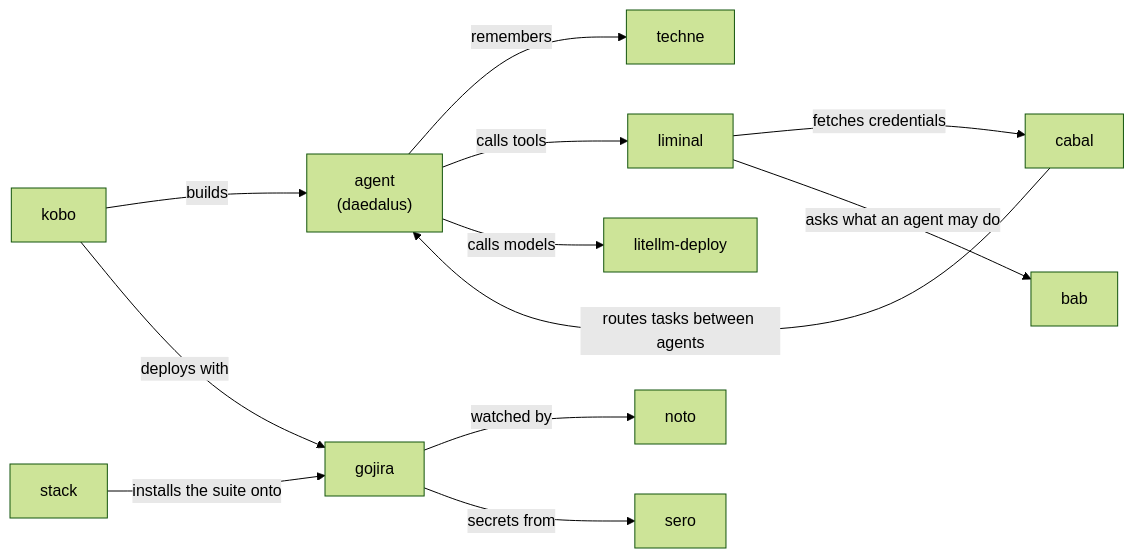
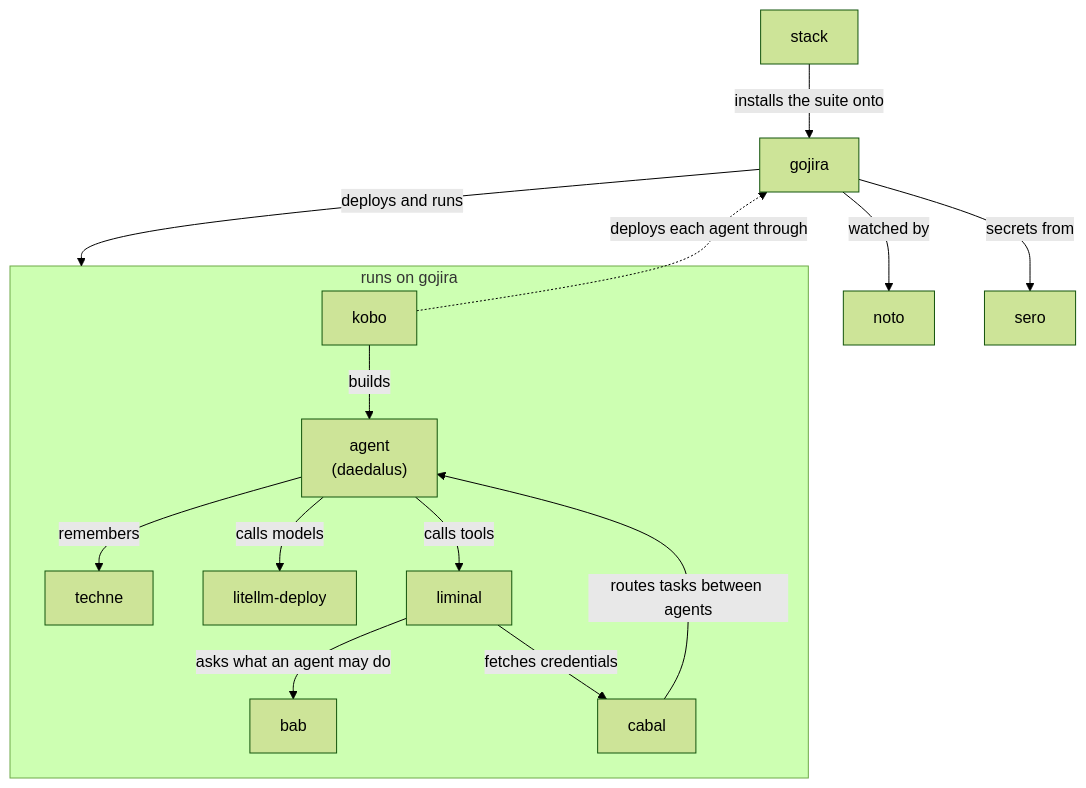
One commit to tenishai/.github changed the diagram in profile/README.md. Above: the diagram before and after it, drawn with Mermaid (forest theme).

Commit message:
Profile: draw gojira under the suite (#3)
Gojira deploys and runs kobo and the rest; kobo deploys each agent
through it. Top to bottom, so no box sits under the zoom buttons.

````diff
--- a/profile/README.md
+++ b/profile/README.md
@@ -14,14 +14,17 @@
 ```mermaid
-flowchart LR
-  agent["agent<br/>(daedalus)"] -->|remembers| techne
-  agent -->|calls tools| liminal
-  agent -->|calls models| litellm["litellm-deploy"]
-  liminal -->|fetches credentials| cabal
-  liminal -->|asks what an agent may do| bab
-  cabal -->|routes tasks between agents| agent
-  kobo -->|builds| agent
-  kobo -->|deploys with| gojira
+flowchart TB
   stack -->|installs the suite onto| gojira
+  gojira -->|deploys and runs| suite
   gojira -->|watched by| noto
   gojira -->|secrets from| sero
+  subgraph suite["runs on gojira"]
+    kobo -->|builds| agent["agent<br/>(daedalus)"]
+    agent -->|remembers| techne
+    agent -->|calls models| litellm["litellm-deploy"]
+    agent -->|calls tools| liminal
+    liminal -->|asks what an agent may do| bab
+    liminal -->|fetches credentials| cabal
+    cabal -->|routes tasks between agents| agent
+  end
+  kobo -.->|deploys each agent through| gojira
 ```
````
